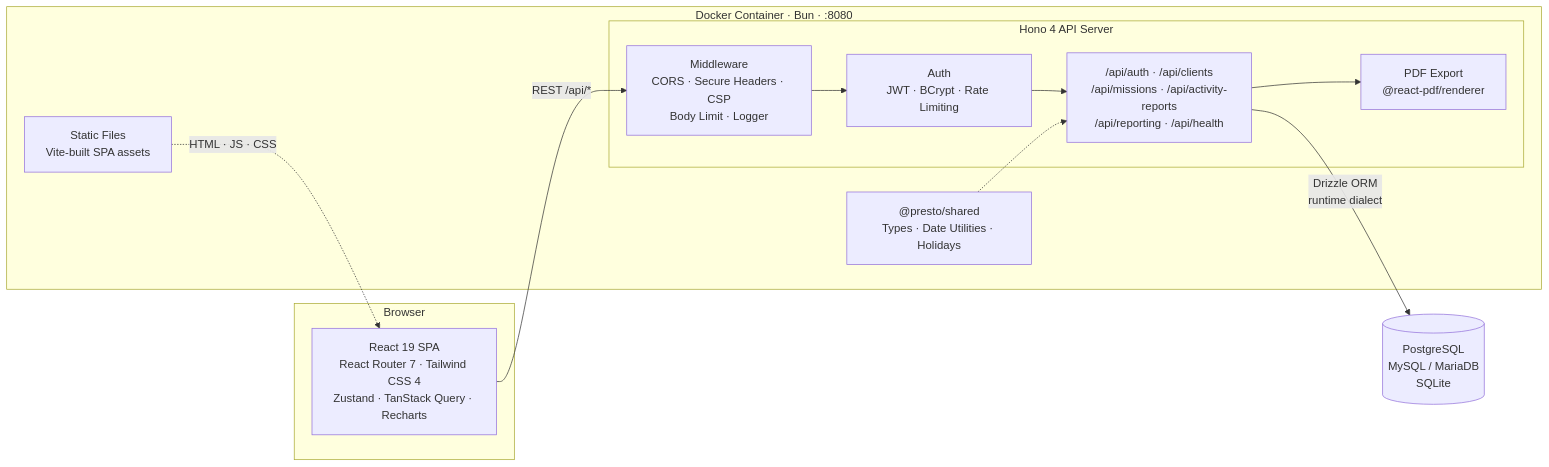
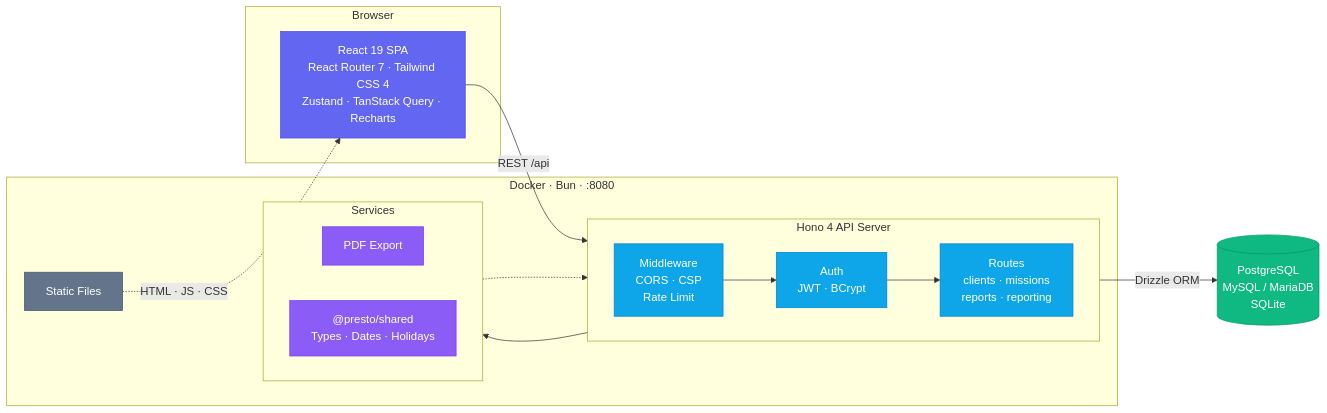
Before and after one commit to tux86/presto: the diagram in README.md, drawn with Mermaid.

Commit message:
docs: redesign architecture diagram with colors and cleaner layout

````diff
--- a/README.md
+++ b/README.md
@@ -120,27 +120,41 @@
 ```mermaid
-graph LR
-    subgraph Browser["Browser"]
+flowchart LR
+    subgraph client["Browser"]
         SPA["React 19 SPA<br/>React Router 7 · Tailwind CSS 4<br/>Zustand · TanStack Query · Recharts"]
     end
 
-    subgraph Docker["Docker Container · Bun · :8080"]
-        Static["Static Files<br/>Vite-built SPA assets"]
-        subgraph Hono["Hono 4 API Server"]
-            MW["Middleware<br/>CORS · Secure Headers · CSP<br/>Body Limit · Logger"]
-            Auth["Auth<br/>JWT · BCrypt · Rate Limiting"]
-            Routes["/api/auth · /api/clients<br/>/api/missions · /api/activity-reports<br/>/api/reporting · /api/health"]
-            PDF["PDF Export<br/>@react-pdf/renderer"]
+    subgraph docker["Docker · Bun · :8080"]
+        Static["Static Files"]
+
+        subgraph hono["Hono 4 API Server"]
+            direction LR
+            MW["Middleware<br/>CORS · CSP<br/>Rate Limit"] --> Auth["Auth<br/>JWT · BCrypt"] --> Routes["Routes<br/>clients · missions<br/>reports · reporting"]
         end
-        Shared["@presto/shared<br/>Types · Date Utilities · Holidays"]
+
+        subgraph services["Services"]
+            direction LR
+            PDF["PDF Export"]
+            Shared["@presto/shared<br/>Types · Dates · Holidays"]
+        end
     end
 
-    DB[(PostgreSQL<br/>MySQL / MariaDB<br/>SQLite)]
+    DB[("PostgreSQL<br/>MySQL / MariaDB<br/>SQLite")]
 
     Static -.->|"HTML · JS · CSS"| SPA
-    SPA -->|"REST /api/*"| MW
-    MW --> Auth
-    Auth --> Routes
-    Routes --> PDF
-    Routes -->|"Drizzle ORM<br/>runtime dialect"| DB
+    SPA -->|"REST /api"| MW
+    Routes --> services
+    Routes -->|"Drizzle ORM"| DB
     Shared -.-> Routes
+
+    classDef frontend fill:#6366f1,stroke:#4f46e5,color:#fff
+    classDef backend fill:#0ea5e9,stroke:#0284c7,color:#fff
+    classDef service fill:#8b5cf6,stroke:#7c3aed,color:#fff
+    classDef database fill:#10b981,stroke:#059669,color:#fff
+    classDef static fill:#64748b,stroke:#475569,color:#fff
+
+    class SPA frontend
+    class MW,Auth,Routes backend
+    class PDF,Shared service
+    class DB database
+    class Static static
 ```
````
